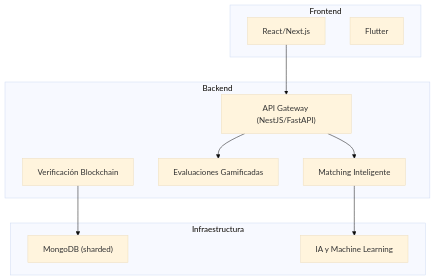
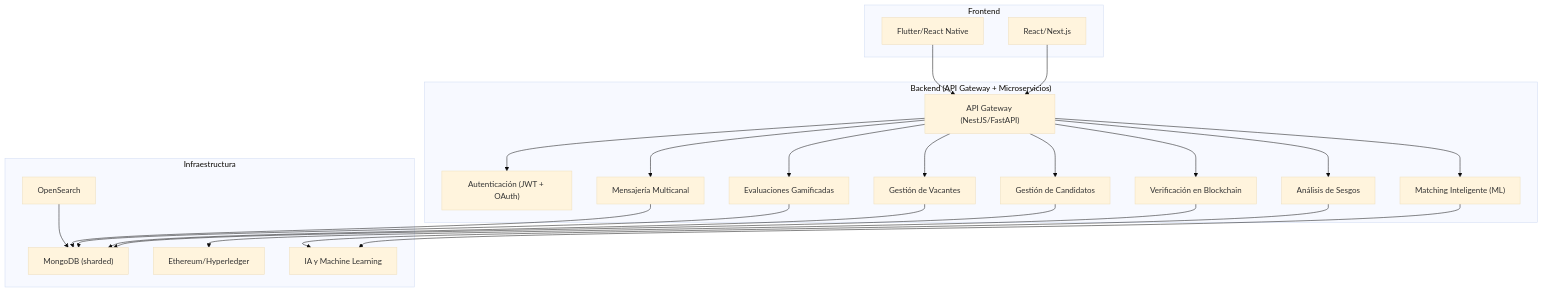
Before and after one commit to felipemarin/ai4devs-design-1: the fifth of 6 diagrams in LTI-AFM/LTI-AFM.md, drawn with Mermaid (base theme).

Commit message:
Actualizar LTI-AFM.md

````diff
--- a/LTI-AFM/LTI-AFM.md
+++ b/LTI-AFM/LTI-AFM.md
@@ -195,25 +195,46 @@
 ```mermaid
 graph TD;
     subgraph "Frontend"
         WebApp["React/Next.js"]
-        MobileApp["Flutter"]
+        MobileApp["Flutter/React Native"]
     end
 
-    subgraph "Backend"
+    subgraph "Backend (API Gateway + Microservicios)"
         API["API Gateway (NestJS/FastAPI)"]
-        MatchingService["Matching Inteligente"]
-        EvalService["Evaluaciones Gamificadas"]
-        BlockchainService["Verificación Blockchain"]
+        AuthService["Autenticación (JWT + OAuth)"]
+        CandidatesService["Gestión de Candidatos"]
+        JobsService["Gestión de Vacantes"]
+        EvaluationService["Evaluaciones Gamificadas"]
+        MatchingService["Matching Inteligente (ML)"]
+        CommunicationService["Mensajería Multicanal"]
+        BiasAnalysisService["Análisis de Sesgos"]
+        BlockchainService["Verificación en Blockchain"]
     end
 
     subgraph "Infraestructura"
         DB["MongoDB (sharded)"]
+        Search["OpenSearch"]
+        Blockchain["Ethereum/Hyperledger"]
         MLModels["IA y Machine Learning"]
     end
 
     WebApp --> API
+    MobileApp --> API
+    API --> AuthService
+    API --> CandidatesService
+    API --> JobsService
+    API --> EvaluationService
     API --> MatchingService
-    API --> EvalService
+    API --> CommunicationService
+    API --> BiasAnalysisService
+    API --> BlockchainService
+
+    CandidatesService --> DB
+    JobsService --> DB
+    EvaluationService --> DB
+    CommunicationService --> DB
+    BlockchainService --> Blockchain
     MatchingService --> MLModels
-    BlockchainService --> DB
+    BiasAnalysisService --> MLModels
+    Search --> DB
 ```
````
